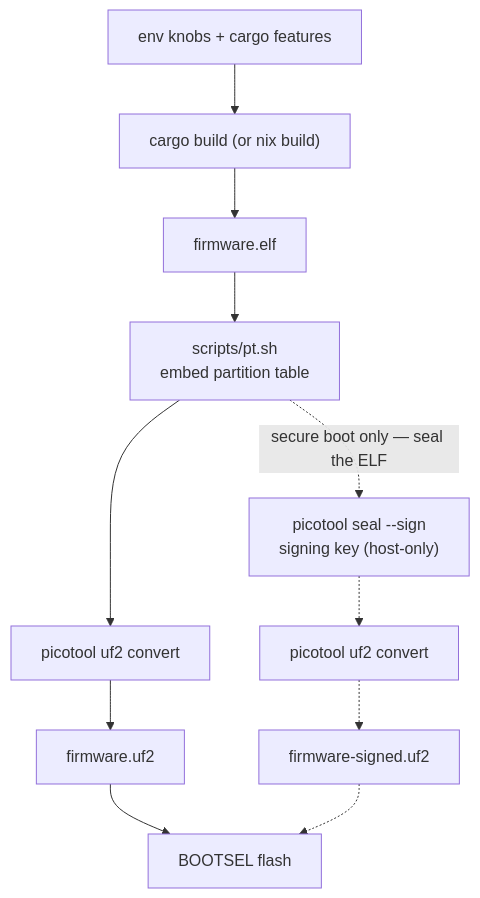
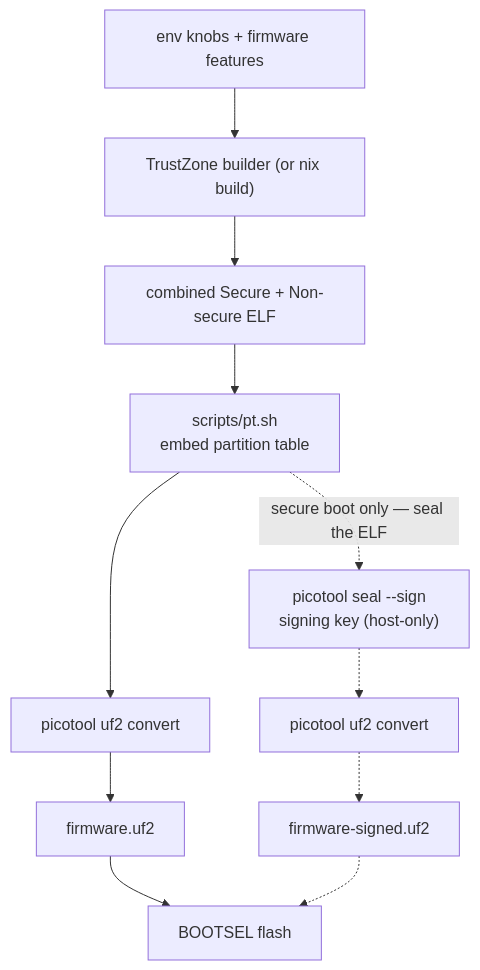
One commit to TheMaxMur/RS-Key changed the first of 2 diagrams in docs/build.md. Above: the diagram before and after it, drawn with Mermaid. The commit also changed other lines of this file and 103 other files, not shown here.

First line of the commit message:
feat(build): make TrustZone the default firmware path

````diff
--- a/docs/build.md
+++ b/docs/build.md
@@ -22,13 +29,13 @@
 ```mermaid
 flowchart TD
-    knobs["env knobs + cargo features"] --> build["cargo build (or nix build)"]
-    build --> elf["firmware.elf"]
+    knobs["env knobs + firmware features"] --> build["TrustZone builder (or nix build)"]
+    build --> elf["combined Secure + Non-secure ELF"]
     elf --> pt["scripts/pt.sh<br/>embed partition table"]
     pt --> conv["picotool uf2 convert"]
     conv --> uf2["firmware.uf2"]
     uf2 --> flash["BOOTSEL flash"]
     pt -. "secure boot only — seal the ELF" .-> seal["picotool seal --sign<br/>signing key (host-only)"]
     seal -.-> sconv["picotool uf2 convert"]
     sconv -.-> signed["firmware-signed.uf2"]
     signed -.-> flash
 ```
````
